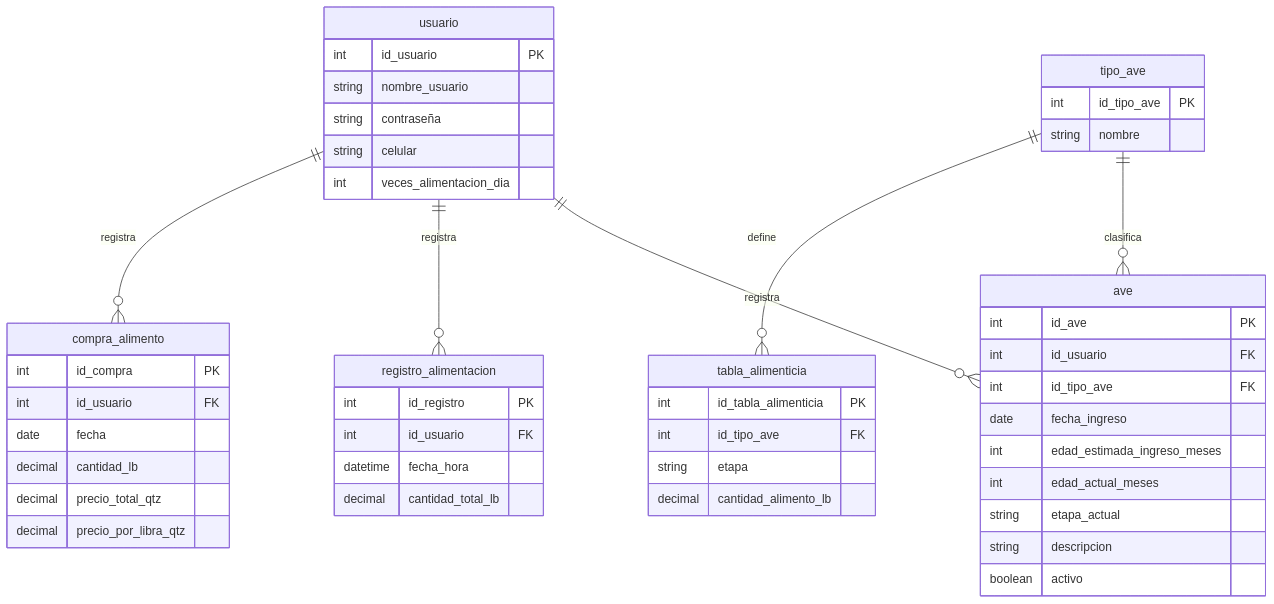
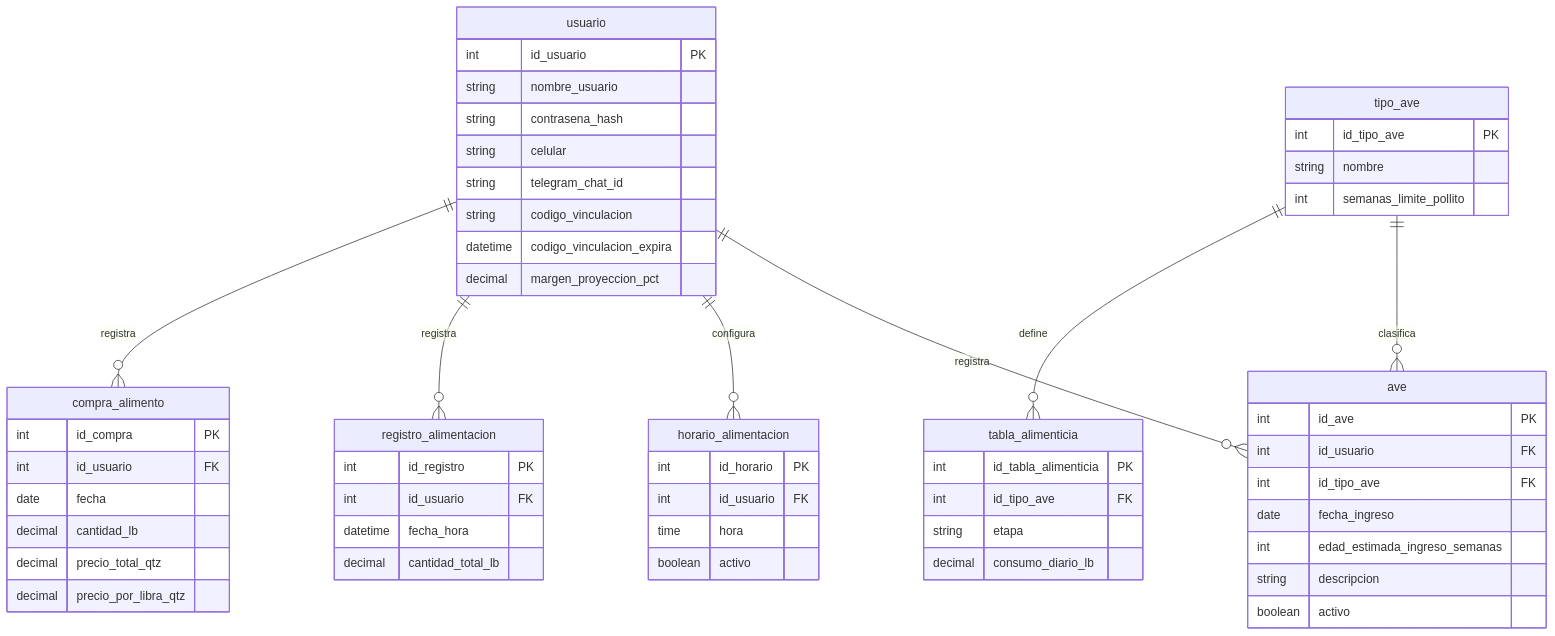
The fourth of 4 diagrams in docs/DAD.md (Valki11/Plumita), drawn with Mermaid before and after one commit. The commit also changed other lines of this file and 17 other files, not shown here.

````diff
--- a/docs/DAD.md
+++ b/docs/DAD.md
@@ -403,56 +429,66 @@
 ```mermaid
 erDiagram
     usuario ||--o{ ave : registra
+    usuario ||--o{ horario_alimentacion : configura
     usuario ||--o{ registro_alimentacion : registra
     usuario ||--o{ compra_alimento : registra
     tipo_ave ||--o{ ave : clasifica
     tipo_ave ||--o{ tabla_alimenticia : define
 
     usuario {
         int id_usuario PK
         string nombre_usuario
-        string contraseña
+        string contrasena_hash
         string celular
-        int veces_alimentacion_dia
+        string telegram_chat_id
+        string codigo_vinculacion
+        datetime codigo_vinculacion_expira
+        decimal margen_proyeccion_pct
     }
 
     tipo_ave {
         int id_tipo_ave PK
         string nombre
+        int semanas_limite_pollito
     }
 
     ave {
         int id_ave PK
         int id_usuario FK
         int id_tipo_ave FK
         date fecha_ingreso
-        int edad_estimada_ingreso_meses
-        int edad_actual_meses
-        string etapa_actual
+        int edad_estimada_ingreso_semanas
         string descripcion
         boolean activo
     }
 
     tabla_alimenticia {
         int id_tabla_alimenticia PK
         int id_tipo_ave FK
         string etapa
-        decimal cantidad_alimento_lb
+        decimal consumo_diario_lb
+    }
+
+    horario_alimentacion {
+        int id_horario PK
+        int id_usuario FK
+        time hora
+        boolean activo
     }
 
     registro_alimentacion {
         int id_registro PK
         int id_usuario FK
         datetime fecha_hora
         decimal cantidad_total_lb
     }
 
     compra_alimento {
         int id_compra PK
         int id_usuario FK
         date fecha
         decimal cantidad_lb
         decimal precio_total_qtz
         decimal precio_por_libra_qtz
     }
 ```
````
